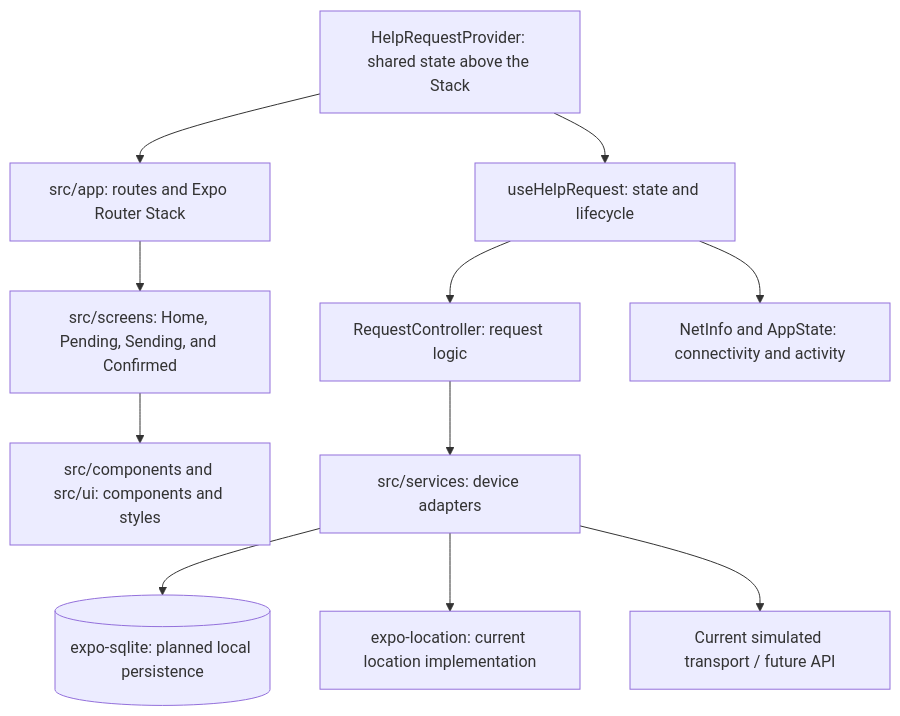
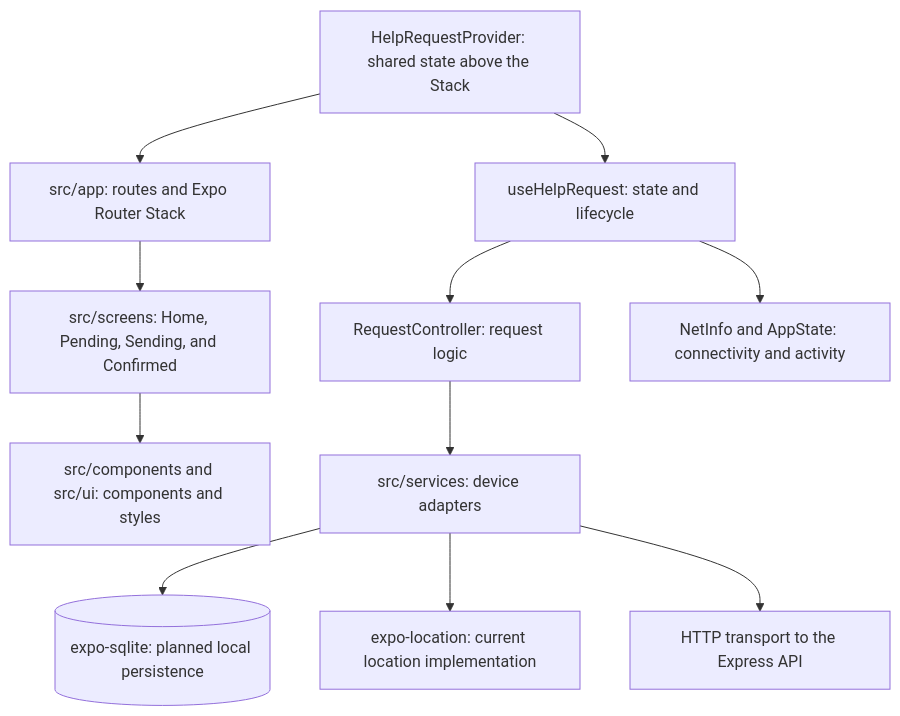
One commit to alvarogonmar/forest-monitoring changed the second of 10 diagrams in README.md. Above: the diagram before and after it, drawn with Mermaid. The commit also changed other lines of this file and 21 other files, not shown here.

````diff
--- a/README.md
+++ b/README.md
@@ -101,13 +103,13 @@
 ```mermaid
 flowchart TD
     Routes["src/app: routes and Expo Router Stack"] --> Screens["src/screens: Home, Pending, Sending, and Confirmed"]
     Provider["HelpRequestProvider: shared state above the Stack"] --> Routes
     Provider --> Hook["useHelpRequest: state and lifecycle"]
     Hook --> Controller["RequestController: request logic"]
     Hook --> Network["NetInfo and AppState: connectivity and activity"]
     Screens --> Components["src/components and src/ui: components and styles"]
     Controller --> Services["src/services: device adapters"]
     Services --> Storage[("expo-sqlite: planned local persistence")]
     Services --> Location["expo-location: current location implementation"]
-    Services --> Transport["Current simulated transport / future API"]
+    Services --> Transport["HTTP transport to the Express API"]
 ```
````
